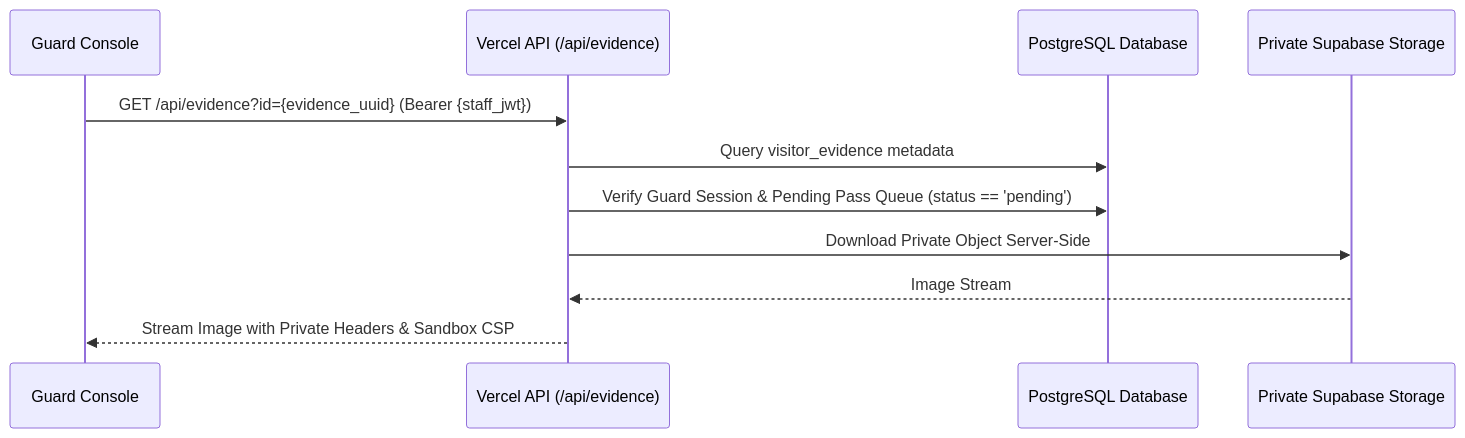
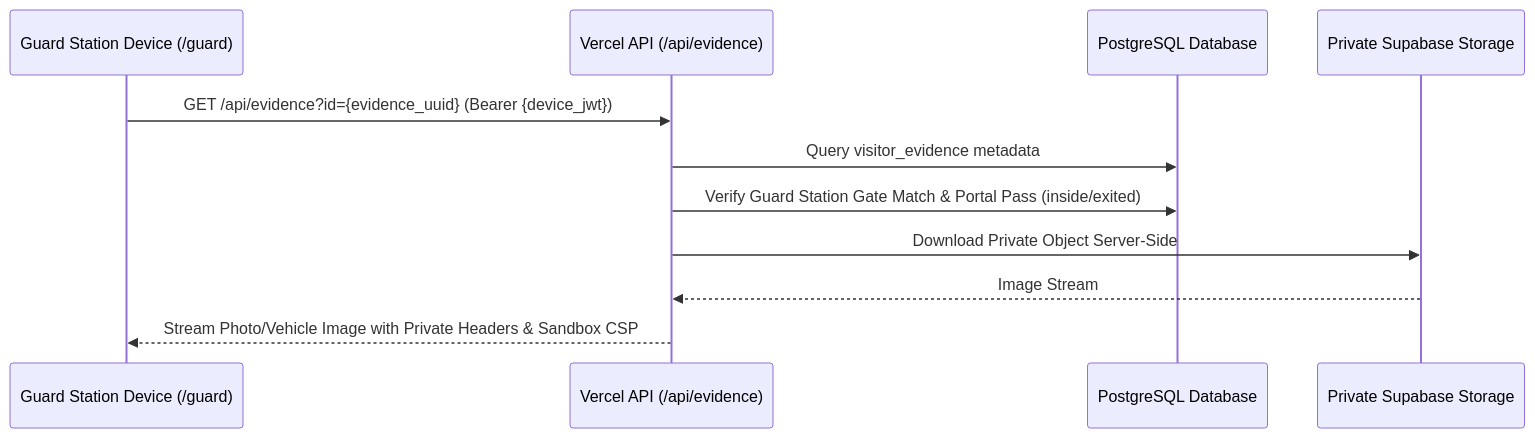
The second of 3 diagrams in docs/IMAGE_SECURITY.md (jsphhbna/egatepass), drawn with Mermaid before and after one commit. The commit also changed other lines of this file and 59 other files, not shown here.

````diff
--- a/docs/IMAGE_SECURITY.md
+++ b/docs/IMAGE_SECURITY.md
@@ -62,14 +63,14 @@
 ```mermaid
 sequenceDiagram
-    participant Guard as Guard Console
+    participant GuardStation as Guard Station Device (/guard)
     participant API as Vercel API (/api/evidence)
     participant DB as PostgreSQL Database
     participant Storage as Private Supabase Storage
 
-    Guard->>API: GET /api/evidence?id={evidence_uuid} (Bearer {staff_jwt})
+    GuardStation->>API: GET /api/evidence?id={evidence_uuid} (Bearer {device_jwt})
     API->>DB: Query visitor_evidence metadata
-    API->>DB: Verify Guard Session & Pending Pass Queue (status == 'pending')
+    API->>DB: Verify Guard Station Gate Match & Portal Pass (inside/exited)
     API->>Storage: Download Private Object Server-Side
     Storage-->>API: Image Stream
-    API-->>Guard: Stream Image with Private Headers & Sandbox CSP
+    API-->>GuardStation: Stream Photo/Vehicle Image with Private Headers & Sandbox CSP
 ```
````
